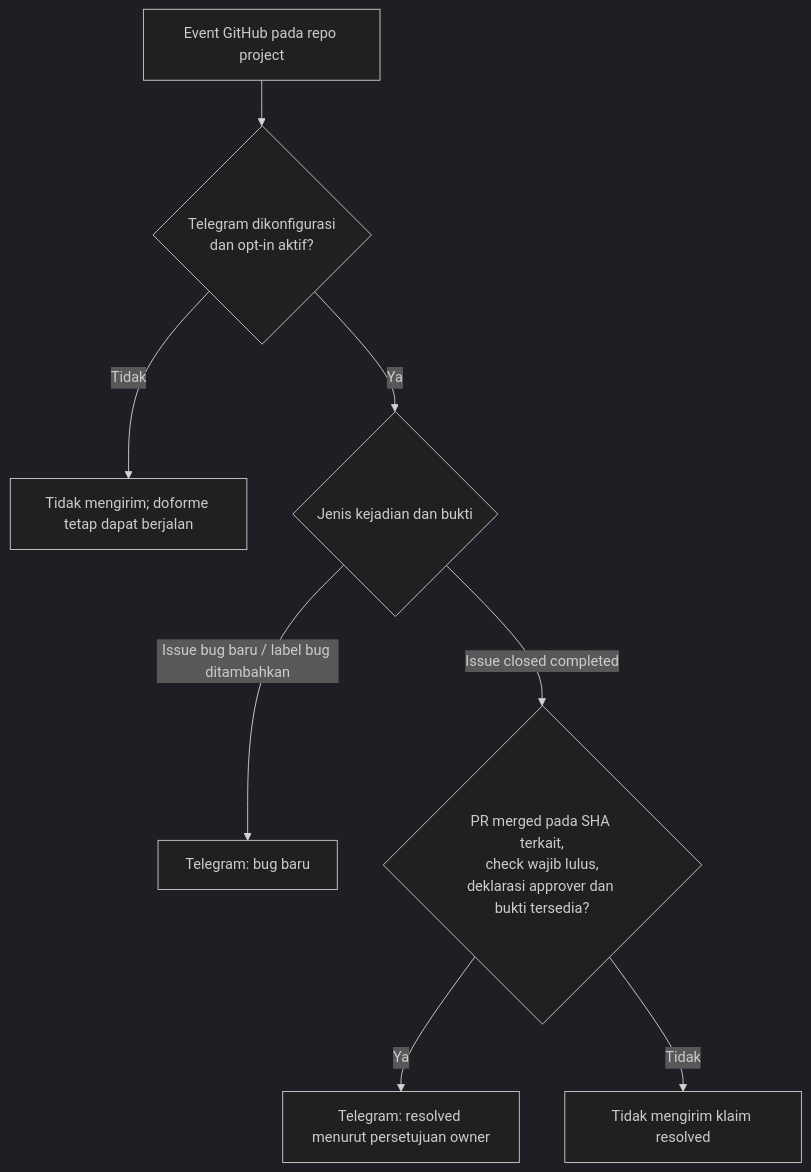
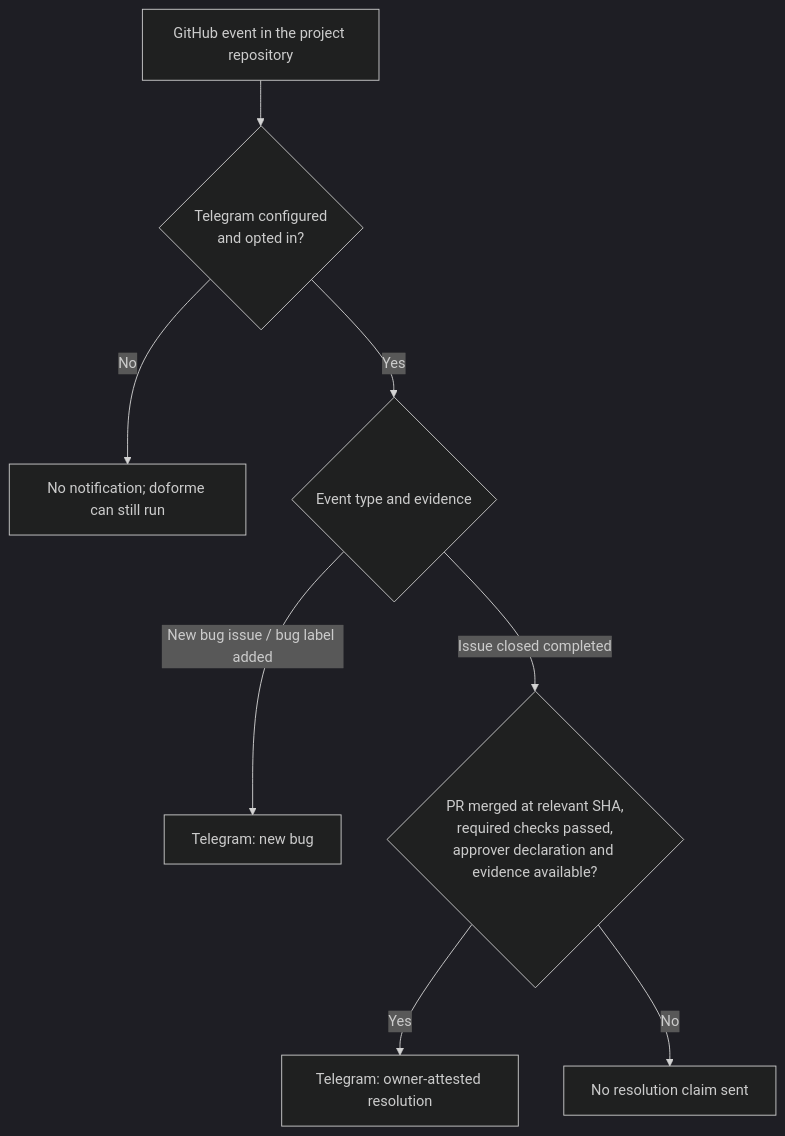
One commit to erikgunawan/doforme changed the second of 2 diagrams in docs/HOW-IT-WORKS.md. Above: the diagram before and after it, drawn with Mermaid (dark theme). The commit also changed other lines of this file and 22 other files, not shown here.

````diff
--- a/docs/HOW-IT-WORKS.md
+++ b/docs/HOW-IT-WORKS.md
@@ -126,10 +119,10 @@
 ```mermaid
 flowchart TD
-    E["Event GitHub pada repo project"] --> O{"Telegram dikonfigurasi<br/>dan opt-in aktif?"}
-    O -->|Tidak| N["Tidak mengirim; doforme tetap dapat berjalan"]
-    O -->|Ya| K{"Jenis kejadian dan bukti"}
-    K -->|"Issue bug baru / label bug ditambahkan"| NEW["Telegram: bug baru"]
-    K -->|"Issue closed completed"| CHECK{"PR merged pada SHA terkait,<br/>check wajib lulus,<br/>deklarasi approver dan bukti tersedia?"}
-    CHECK -->|Ya| DONE["Telegram: resolved menurut persetujuan owner"]
-    CHECK -->|Tidak| WAIT["Tidak mengirim klaim resolved"]
+    E["GitHub event in the project repository"] --> O{"Telegram configured<br/>and opted in?"}
+    O -->|No| N["No notification; doforme can still run"]
+    O -->|Yes| K{"Event type and evidence"}
+    K -->|"New bug issue / bug label added"| NEW["Telegram: new bug"]
+    K -->|"Issue closed completed"| CHECK{"PR merged at relevant SHA,<br/>required checks passed,<br/>approver declaration and evidence available?"}
+    CHECK -->|Yes| DONE["Telegram: owner-attested resolution"]
+    CHECK -->|No| WAIT["No resolution claim sent"]
 ```
````
